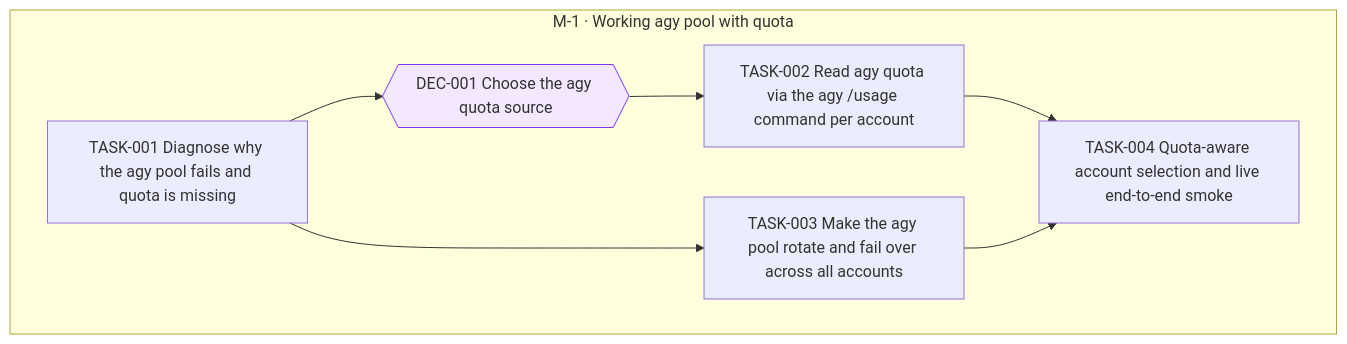
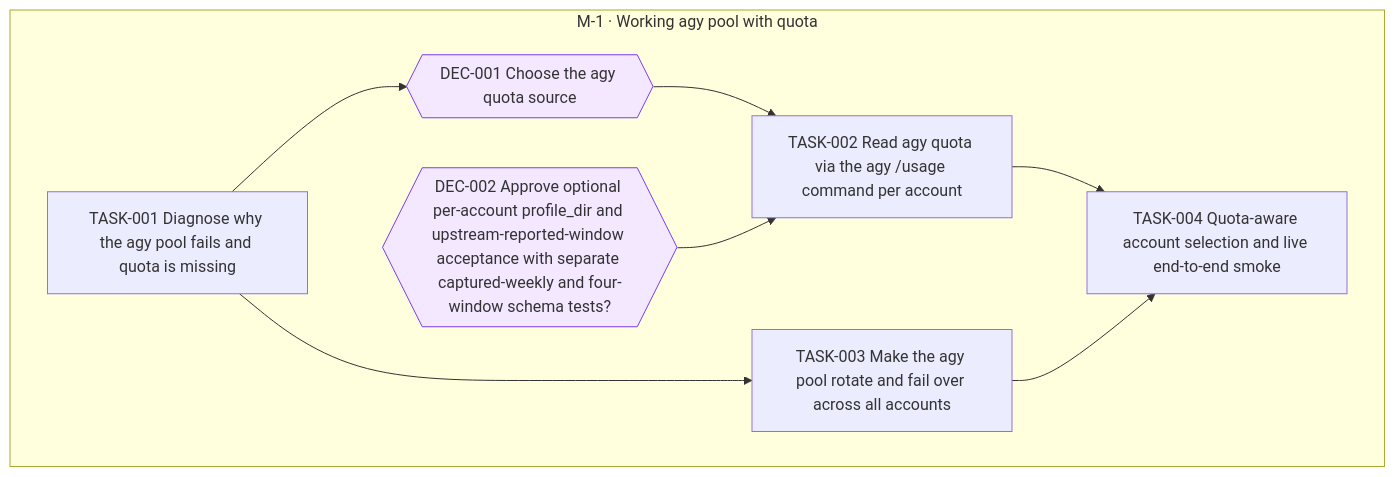
The diagram in goals/agy-pool/README.md (jesusvillota/shunt), drawn with Mermaid before and after one commit. The commit also changed 3 other files, not shown here.

Commit message:
goal(agy-pool): request DEC-002 from TASK-002

````diff
--- a/goals/agy-pool/README.md
+++ b/goals/agy-pool/README.md
@@ -19,19 +19,22 @@
 ```mermaid
 flowchart TD
   subgraph M_1["M-1 · Working agy pool with quota"]
     DEC_001{{"DEC-001 Choose the agy quota source"}}
+    DEC_002{{"DEC-002 Approve optional per-account profile_dir and upstream-reported-window acceptance with separate captured-weekly and four-window schema tests?"}}
     TASK_001["TASK-001 Diagnose why the agy pool fails and quota is missing"]
     TASK_002["TASK-002 Read agy quota via the agy /usage command per account"]
     TASK_003["TASK-003 Make the agy pool rotate and fail over across all accounts"]
     TASK_004["TASK-004 Quota-aware account selection and live end-to-end smoke"]
   end
   TASK_001 --> DEC_001
   DEC_001 --> TASK_002
+  DEC_002 --> TASK_002
   TASK_001 --> TASK_003
   TASK_002 --> TASK_004
   TASK_003 --> TASK_004
   classDef draft stroke-dasharray: 4 3
   classDef cancelled opacity:0.45
   classDef decision fill:#f3e8ff,stroke:#7c3aed
   class DEC_001 decision
+  class DEC_002 decision
 ```
````
